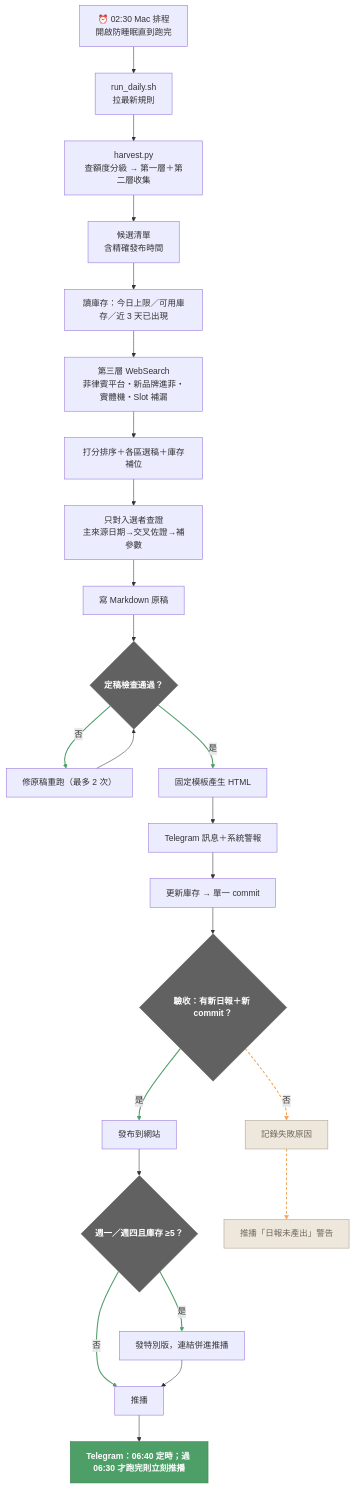
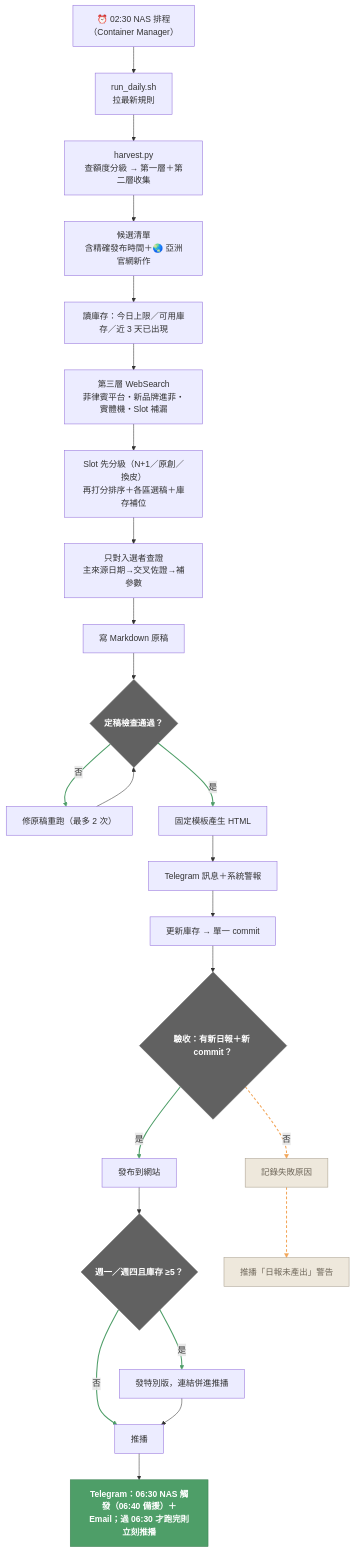
The first of 6 diagrams in OutputLogic.md (igaming-pulse/igaming-daily), drawn with Mermaid before and after one commit. The commit also changed other lines of this file and 4 other files, not shown here.

````diff
--- a/OutputLogic.md
+++ b/OutputLogic.md
@@ -46,34 +51,34 @@
 ```mermaid
 flowchart TD
-  A["⏰ 02:30 Mac 排程<br/>開啟防睡眠直到跑完"] --> B["run_daily.sh<br/>拉最新規則"]
+  A["⏰ 02:30 NAS 排程<br/>（Container Manager）"] --> B["run_daily.sh<br/>拉最新規則"]
   B --> C["harvest.py<br/>查額度分級 → 第一層＋第二層收集"]
-  C --> D["候選清單<br/>含精確發布時間"]
+  C --> D["候選清單<br/>含精確發布時間＋🌏 亞洲官網新作"]
   D --> F["讀庫存：今日上限／可用庫存／近 3 天已出現"]
   F --> G["第三層 WebSearch<br/>菲律賓平台・新品牌進菲・實體機・Slot 補漏"]
-  G --> H["打分排序＋各區選稿＋庫存補位"]
+  G --> H["Slot 先分級（N+1／原創／換皮）<br/>再打分排序＋各區選稿＋庫存補位"]
   H --> I["只對入選者查證<br/>主來源日期→交叉佐證→補參數"]
   I --> J["寫 Markdown 原稿"]
   J --> QA{"定稿檢查通過？"}
   QA -- 否 --> FIX["修原稿重跑（最多 2 次）"]
   FIX --> QA
   QA -- 是 --> T["固定模板產生 HTML"]
   T --> K["Telegram 訊息＋系統警報"]
   K --> L["更新庫存 → 單一 commit"]
   L --> N{"驗收：有新日報＋新 commit？"}
   N -- 否 --> X["記錄失敗原因"]
   N -- 是 --> O["發布到網站"]
   O --> SP{"週一／週四且庫存 ≥5？"}
   SP -- 是 --> SE["發特別版，連結併進推播"]
   SP -- 否 --> PUSH["推播"]
   SE --> PUSH
-  PUSH --> Q["Telegram：06:40 定時；過 06:30 才跑完則立刻推播"]
+  PUSH --> Q["Telegram：06:30 NAS 觸發（06:40 備援）＋Email；過 06:30 才跑完則立刻推播"]
   X --> R["推播「日報未產出」警告"]
   classDef gate fill:#616161,stroke:#616161,color:#FFFFFF,font-weight:700
   classDef out fill:#4E9E68,stroke:#3C7F52,color:#FFFFFF,font-weight:700
   classDef muted fill:#EEE8DC,stroke:#A99F8E,color:#6F675A
   class N,QA,SP gate
   class Q out
   class X,R muted
   linkStyle 9,11,16,18,19 stroke:#4E9E68,stroke-width:2px
   linkStyle 15,22 stroke:#F2A65A,stroke-width:2px,stroke-dasharray:5 4
 ```
````
